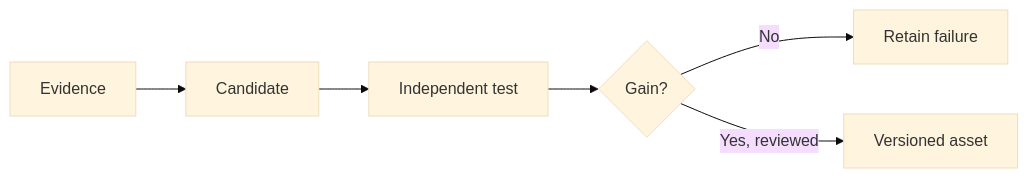
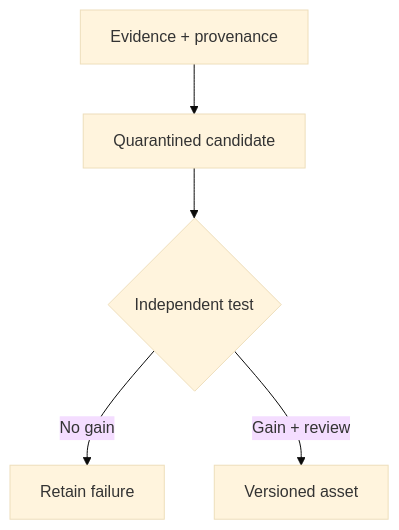
One commit to Cornelius-Chen/Cornelius-Chen changed the first of 2 diagrams in README.md. Above: the diagram before and after it, drawn with Mermaid (base theme). The commit also changed other lines of this file, not shown here.

Commit message:
Use compact vertical research figures

````diff
--- a/README.md
+++ b/README.md
@@ -15,8 +15,7 @@
 ```mermaid
-flowchart LR
-    A[Evidence] --> B[Candidate]
-    B --> C[Independent test]
-    C --> D{Gain?}
-    D -- No --> E[Retain failure]
-    D -- Yes, reviewed --> F[Versioned asset]
+flowchart TB
+    A[Evidence + provenance] --> B[Quarantined candidate]
+    B --> C{Independent test}
+    C -- No gain --> D[Retain failure]
+    C -- Gain + review --> E[Versioned asset]
 ```
````
